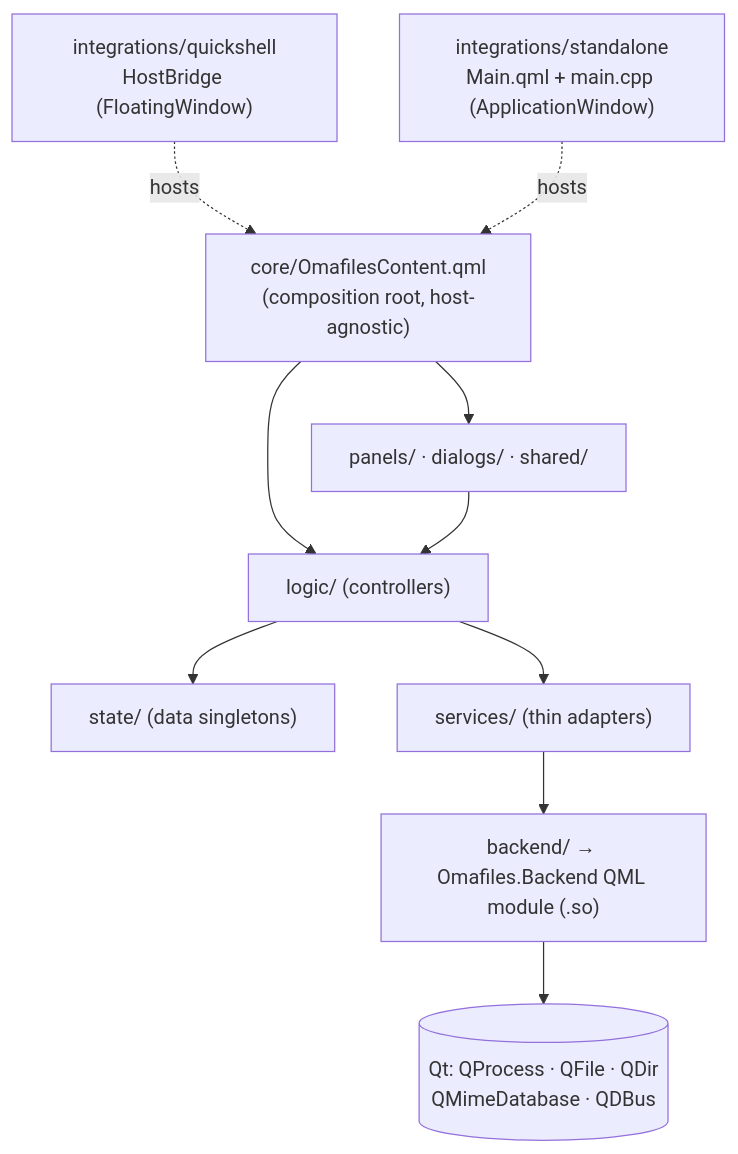
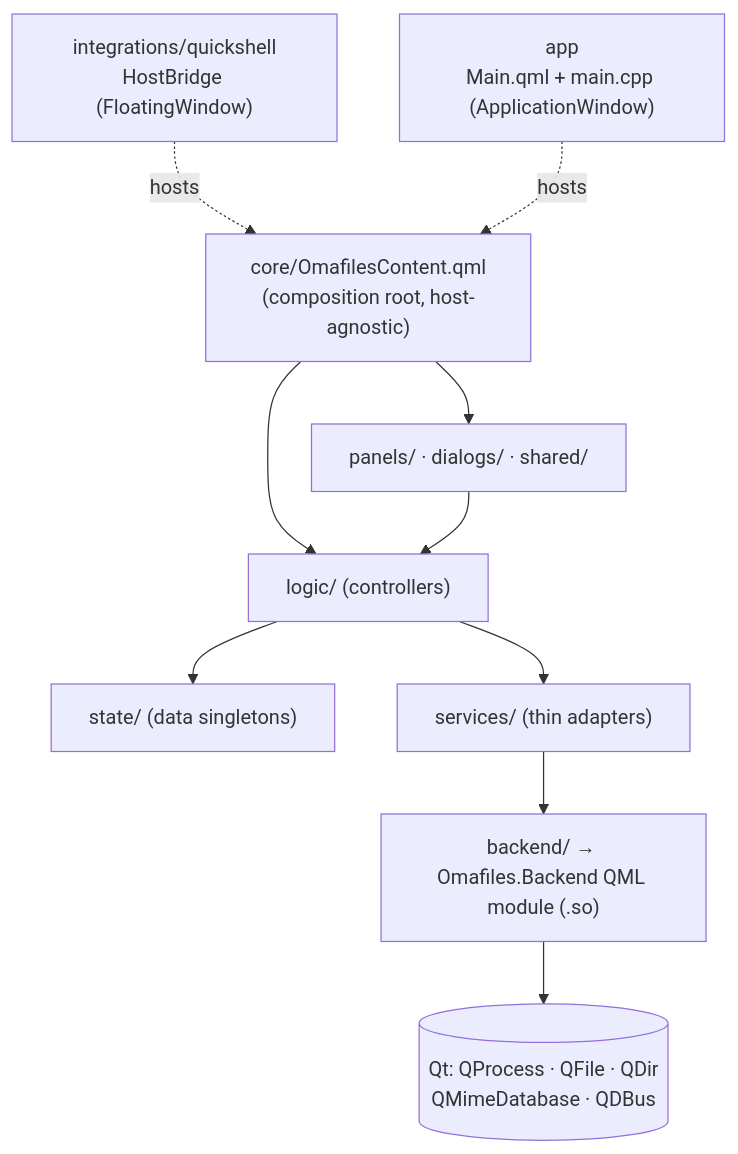
Before and after one commit to Flaxenox/omafiles: the diagram in BACKEND_DESIGN.md, drawn with Mermaid. The commit also changed 36 other files, not shown here.

First line of the commit message:
refactor: collapse integrations/ into canonical app/ layout

````diff
--- a/BACKEND_DESIGN.md
+++ b/BACKEND_DESIGN.md
@@ -80,22 +80,22 @@
 ```mermaid
 graph TD
   QSHost["integrations/quickshell<br/>HostBridge (FloatingWindow)"]
-  SAHost["integrations/standalone<br/>Main.qml + main.cpp (ApplicationWindow)"]
+  SAHost["app<br/>Main.qml + main.cpp (ApplicationWindow)"]
   Core["core/OmafilesContent.qml<br/>(composition root, host-agnostic)"]
   UI["panels/ · dialogs/ · shared/"]
   Logic["logic/ (controllers)"]
   State["state/ (data singletons)"]
   Svc["services/ (thin adapters)"]
   Backend["backend/ → Omafiles.Backend QML module (.so)"]
   Qt[("Qt: QProcess · QFile · QDir<br/>QMimeDatabase · QDBus")]
 
   QSHost -.hosts.-> Core
   SAHost -.hosts.-> Core
   Core --> UI
   Core --> Logic
   UI --> Logic
   Logic --> State
   Logic --> Svc
   Svc --> Backend
   Backend --> Qt
 ```
````
